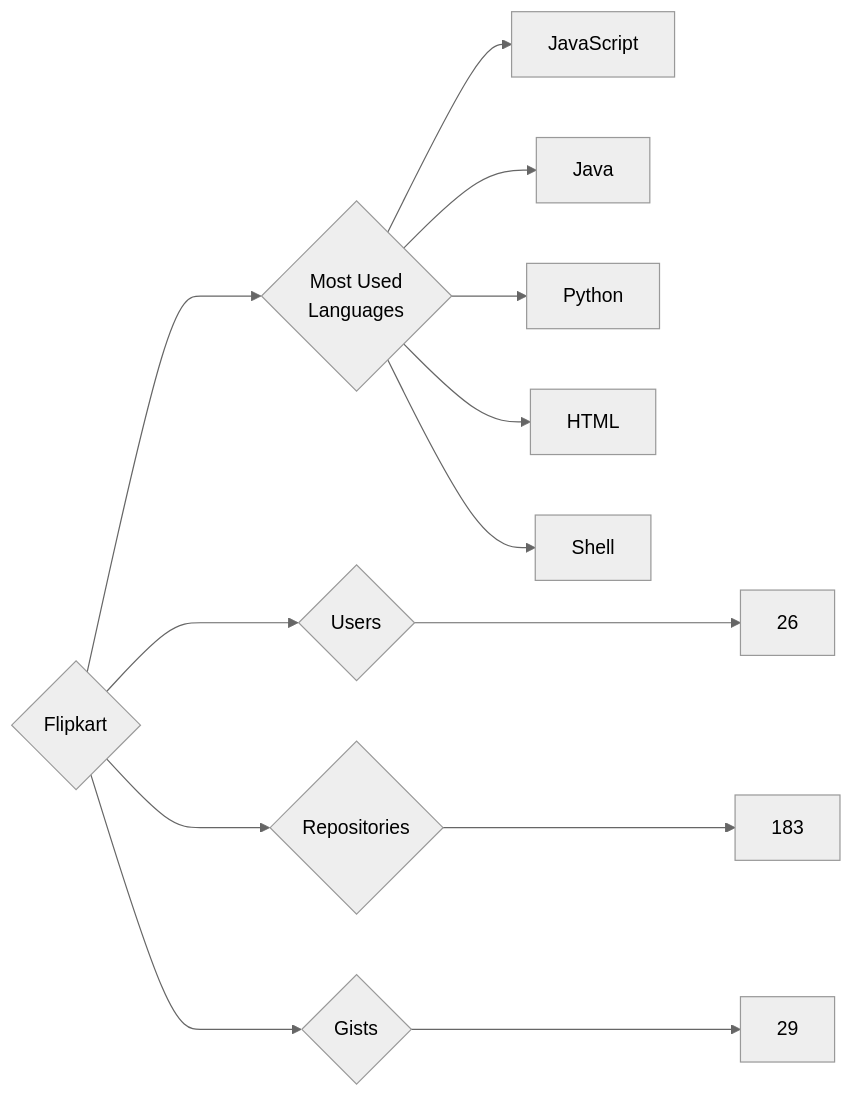
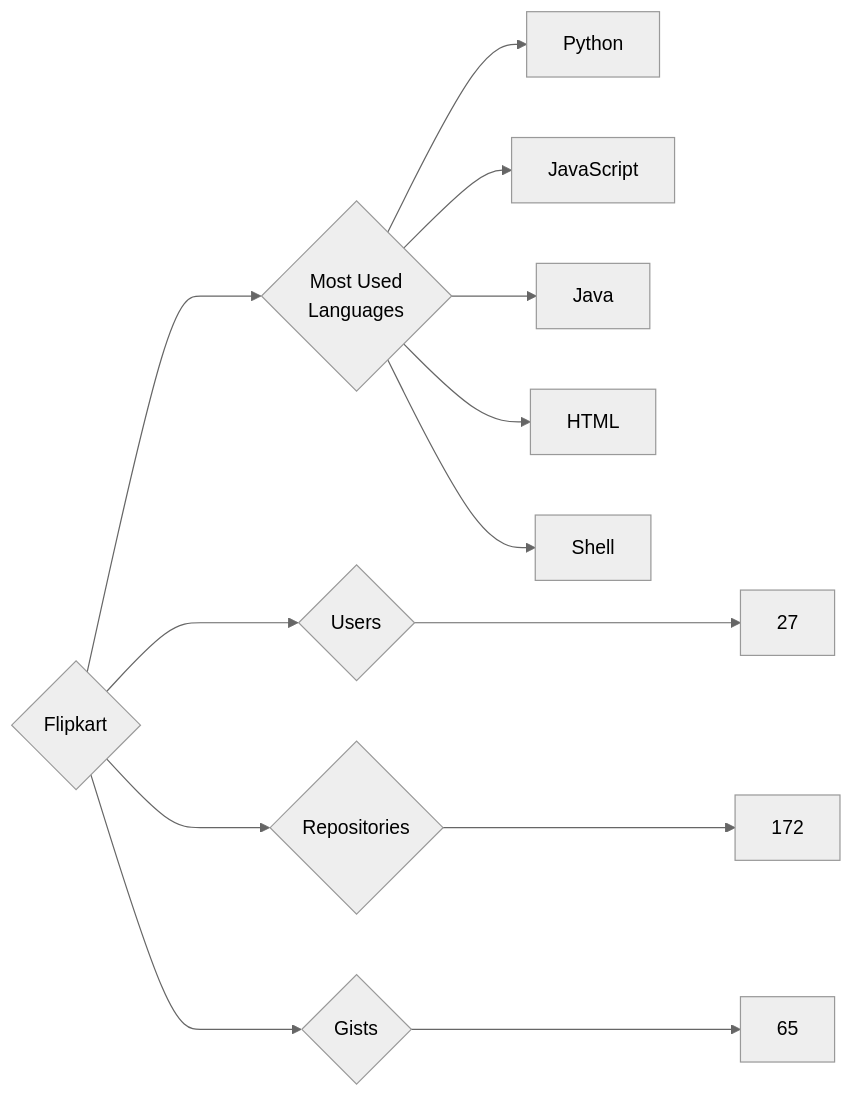
One commit to trickest/insiders changed the diagram in targets/Flipkart/README.md. Above: the diagram before and after it, drawn with Mermaid (neutral theme). The commit also changed 984 other files, not shown here.

````diff
--- a/targets/Flipkart/README.md
+++ b/targets/Flipkart/README.md
@@ -3,13 +3,13 @@
 ```mermaid
 graph LR
 COMPANY_NAME{Flipkart}
-COMPANY_NAME ---> U{Users} ---> UN[26]
-COMPANY_NAME ---> R{Repositories} ---> RN[183]
-COMPANY_NAME ---> G{Gists} ---> GN[29]
+COMPANY_NAME ---> U{Users} ---> UN[27]
+COMPANY_NAME ---> R{Repositories} ---> RN[172]
+COMPANY_NAME ---> G{Gists} ---> GN[65]
 COMPANY_NAME ---> ML{Most Used<br>Languages}
+ML --> Python[Python]
 ML --> JavaScript[JavaScript]
 ML --> Java[Java]
-ML --> Python[Python]
 ML --> HTML[HTML]
 ML --> Shell[Shell]
 ```
````
